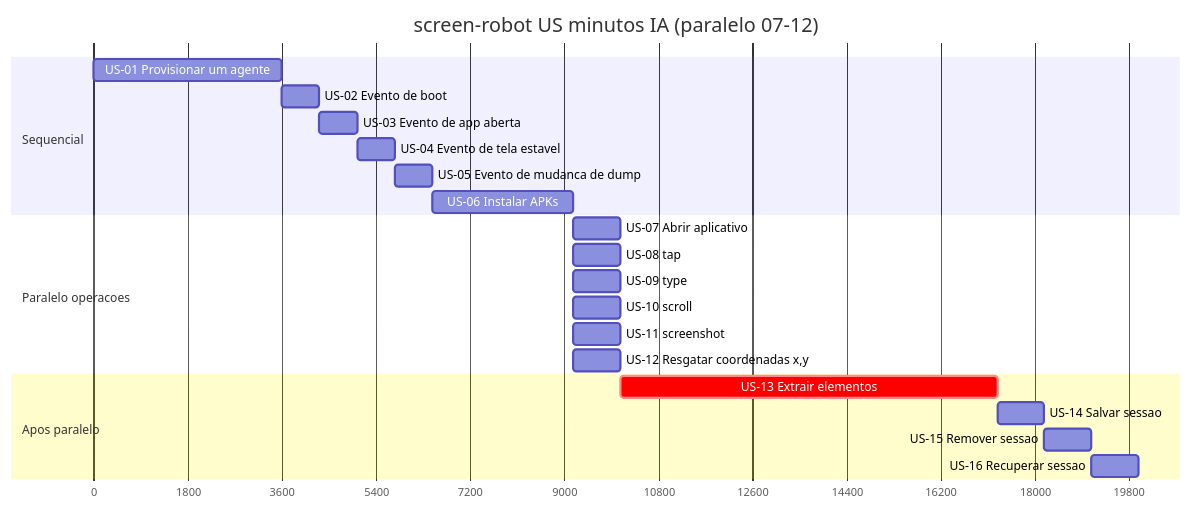
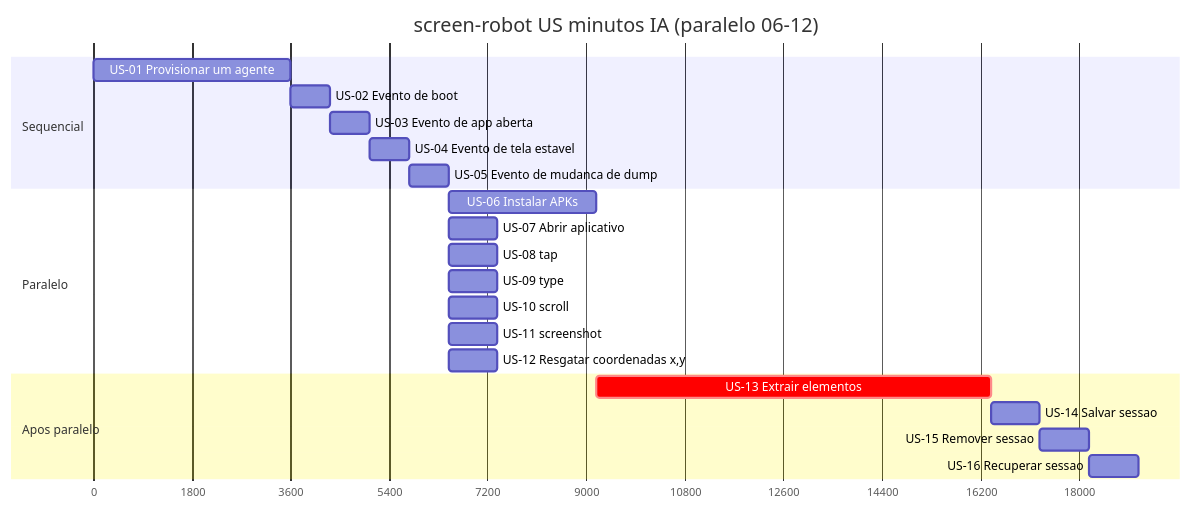
Before and after one commit to laerciogermano/workstation: the diagram in connectmax/screen-robot/docs/tasks.md, drawn with Mermaid. The commit also changed other lines of this file and 2 other files, not shown here.

Commit message:
Inclui US-06 no grupo paralelo do Gantt (caminho 318 min).

````diff
--- a/connectmax/screen-robot/docs/tasks.md
+++ b/connectmax/screen-robot/docs/tasks.md
@@ -62,28 +62,28 @@
 ```mermaid
 gantt
-  title screen-robot US minutos IA (paralelo 07-12)
+  title screen-robot US minutos IA (paralelo 06-12)
   dateFormat X
   axisFormat %s
 
   section Sequencial
   US-01 Provisionar um agente           :us01, 0, 60m
   US-02 Evento de boot                  :us02, after us01, 12m
   US-03 Evento de app aberta            :us03, after us02, 12m
   US-04 Evento de tela estavel          :us04, after us03, 12m
   US-05 Evento de mudanca de dump       :us05, after us04, 12m
+
+  section Paralelo
   US-06 Instalar APKs                   :us06, after us05, 45m
-
-  section Paralelo operacoes
-  US-07 Abrir aplicativo                :us07, after us06, 15m
-  US-08 tap                             :us08, after us06, 15m
-  US-09 type                            :us09, after us06, 15m
-  US-10 scroll                          :us10, after us06, 15m
-  US-11 screenshot                      :us11, after us06, 15m
-  US-12 Resgatar coordenadas x,y        :us12, after us06, 15m
+  US-07 Abrir aplicativo                :us07, after us05, 15m
+  US-08 tap                             :us08, after us05, 15m
+  US-09 type                            :us09, after us05, 15m
+  US-10 scroll                          :us10, after us05, 15m
+  US-11 screenshot                      :us11, after us05, 15m
+  US-12 Resgatar coordenadas x,y        :us12, after us05, 15m
 
   section Apos paralelo
-  US-13 Extrair elementos               :crit, us13, after us07, 120m
+  US-13 Extrair elementos               :crit, us13, after us06, 120m
   US-14 Salvar sessao                   :us14, after us13, 15m
   US-15 Remover sessao                  :us15, after us14, 15m
   US-16 Recuperar sessao                :us16, after us15, 15m
 ```
````
